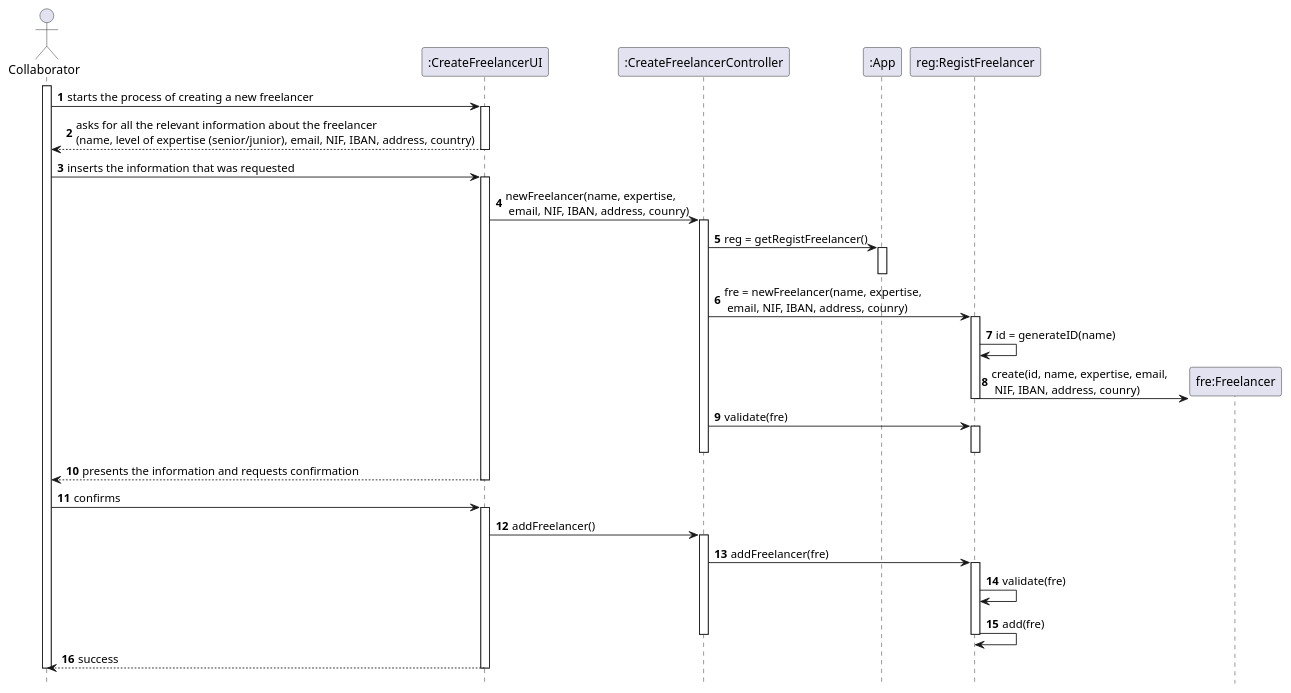
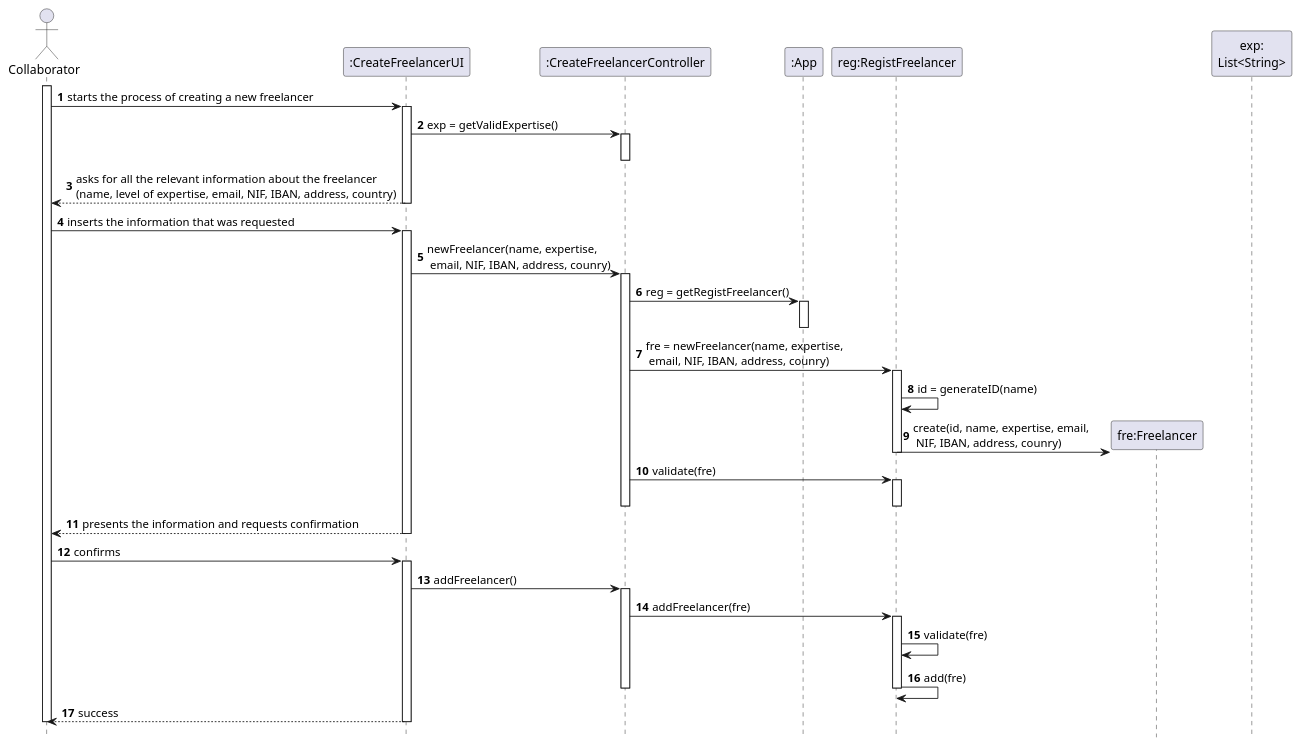
The diagram in docs/UC_03/SD.puml (botelho-io/lapr2-2020-g029), drawn with PlantUML before and after one commit. The commit also changed 10 other files, not shown here.

```diff
--- a/docs/UC_03/SD.puml
+++ b/docs/UC_03/SD.puml
@@ -1,49 +1,53 @@
 @startuml SD
 autonumber
 hide footbox
 
 actor "Collaborator" as col
 participant ":CreateFreelancerUI" as ui
 participant ":CreateFreelancerController" as cnt
 participant ":App" as app
 participant "reg:RegistFreelancer" as reg
 participant "fre:Freelancer" as fre
+participant "exp:\nList<String>"
 
 activate col
         col -> ui : starts the process of creating a new freelancer
         activate ui
-                ui --> col: asks for all the relevant information about the freelancer\n(name, level of expertise (senior/junior), email, NIF, IBAN, address, country)
+                ui -> cnt : exp = getValidExpertise()
+                activate cnt
+                deactivate cnt
+                ui --> col: asks for all the relevant information about the freelancer\n(name, level of expertise, email, NIF, IBAN, address, country)
         deactivate ui
         col -> ui : inserts the information that was requested
         activate ui
                 ui -> cnt : newFreelancer(name, expertise, \n email, NIF, IBAN, address, counry)
                 activate cnt
                         cnt -> app : reg = getRegistFreelancer()
                         activate app
                         deactivate app
                         cnt -> reg : fre = newFreelancer(name, expertise, \n email, NIF, IBAN, address, counry)
                         activate reg
                                 reg -> reg : id = generateID(name)
                                 reg -> fre ** : create(id, name, expertise, email, \n NIF, IBAN, address, counry)
                         deactivate reg
                         cnt -> reg : validate(fre)
                         activate reg
                         deactivate reg
                 deactivate cnt
                 ui --> col:  presents the information and requests confirmation
         deactivate ui
         col -> ui : confirms
         activate ui
                 ui -> cnt : addFreelancer()
                 activate cnt
                         cnt -> reg : addFreelancer(fre)
                         activate reg
                                 reg -> reg : validate(fre)
                                 reg -> reg : add(fre)
                         deactivate reg
                 deactivate cnt
                 ui --> col: success
         deactivate ui
 deactivate col
 
 @enduml
```
